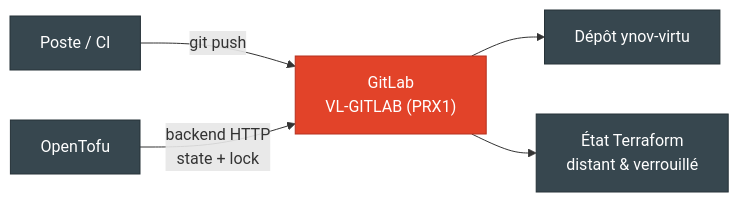
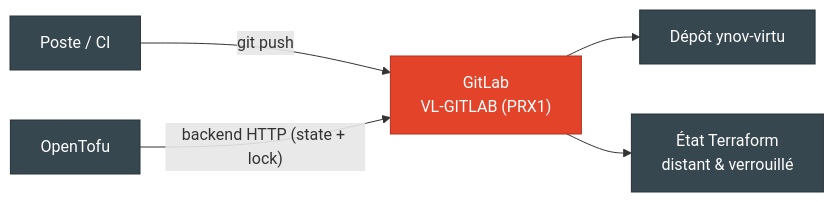
One commit to astronas/ynov-virtu changed the diagram in docs/gitlab.md. Above: the diagram before and after it, drawn with Mermaid.

Commit message:
docs: label de fleche GitLab sur une ligne (mermaid ne gere pas \n dans les labels d'aretes)

````diff
--- a/docs/gitlab.md
+++ b/docs/gitlab.md
@@ -14,9 +14,9 @@
 ```mermaid
 graph LR
     classDef gl fill:#e24329,stroke:#b5301f,color:#fff
     classDef box fill:#37474f,stroke:#263238,color:#fff
     DEV["Poste / CI"]:::box -->|git push| GL["GitLab\nVL-GITLAB (PRX1)"]:::gl
-    TOFU["OpenTofu"]:::box -->|backend HTTP\nstate + lock| GL
+    TOFU["OpenTofu"]:::box -->|"backend HTTP (state + lock)"| GL
     GL --> REPO["Dépôt ynov-virtu"]:::box
     GL --> STATE["État Terraform\ndistant & verrouillé"]:::box
 ```
````
